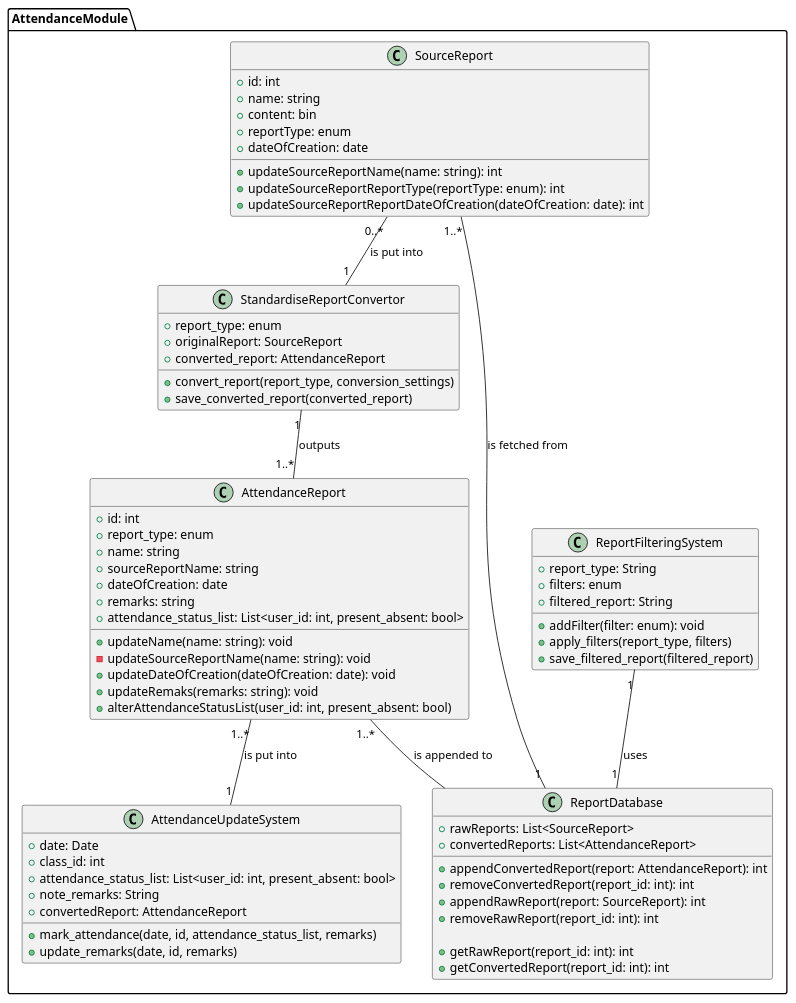
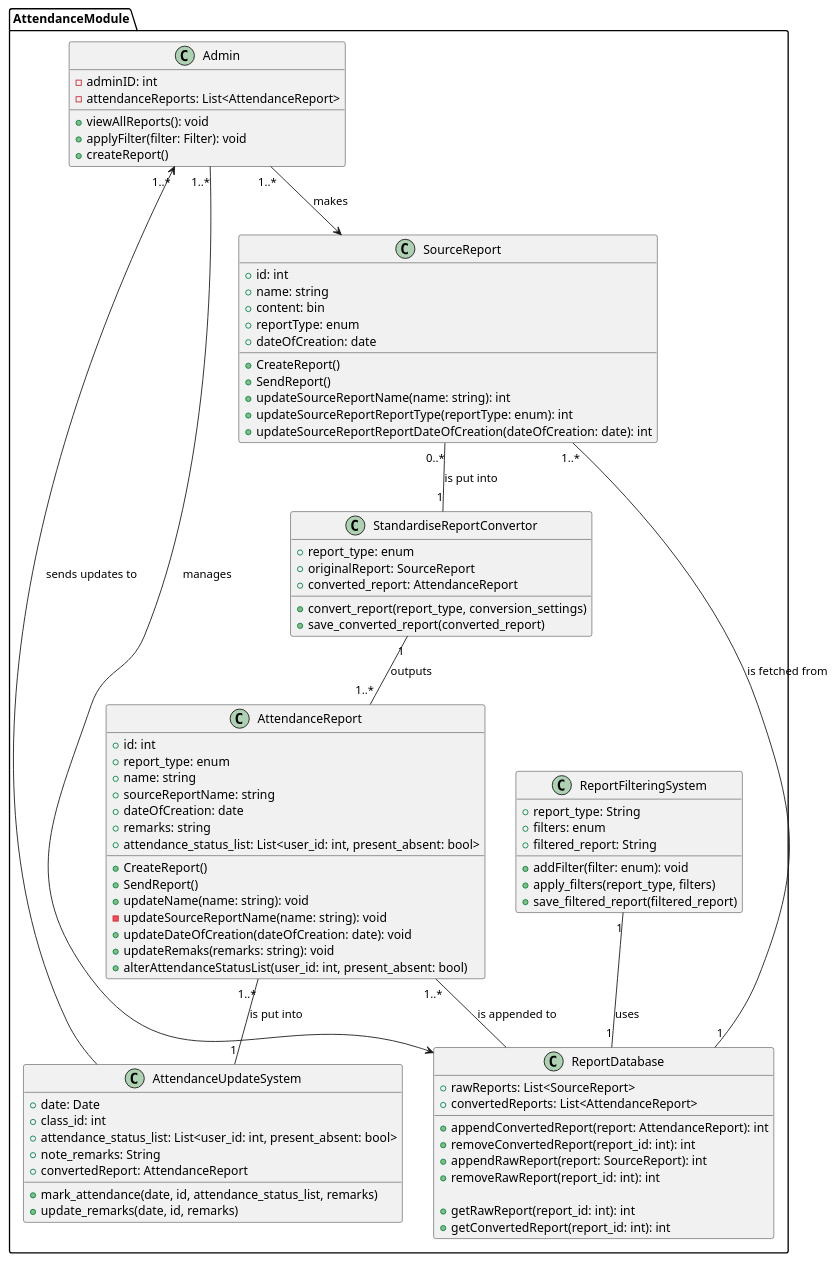
The diagram in attendance.plantuml (anshium/DASS-Assignment-3-IMS-System-Design), drawn with PlantUML before and after one commit. The commit also changed 6 other files, not shown here.

```diff
--- a/attendance.plantuml
+++ b/attendance.plantuml
@@ -1,81 +1,95 @@
 @startuml attendance
 
 package AttendanceModule {
+	class Admin {
+		- adminID: int
+		- attendanceReports: List<AttendanceReport>
+		+ viewAllReports(): void
+		+ applyFilter(filter: Filter): void
+		+ createReport()
+	}
 	class AttendanceUpdateSystem {
 		+ date: Date
 		+ class_id: int
 		+ attendance_status_list: List<user_id: int, present_absent: bool>
 		+ note_remarks: String
 		+ convertedReport: AttendanceReport
 		+ mark_attendance(date, id, attendance_status_list, remarks)
 		+ update_remarks(date, id, remarks)
 	}
 
 	class StandardiseReportConvertor {
 		+ report_type: enum
 		+ originalReport: SourceReport
 		+ converted_report: AttendanceReport
 		+ convert_report(report_type, conversion_settings)
 		+ save_converted_report(converted_report)
 	}
 
 	class AttendanceReport {
 		+ id: int
 		+ report_type: enum
 		+ name: string
 		+ sourceReportName: string
 		+ dateOfCreation: date
 		+ remarks: string
 		+ attendance_status_list: List<user_id: int, present_absent: bool>
 
+		+ CreateReport()
+		+ SendReport()
 		+ updateName(name: string): void
 		- updateSourceReportName(name: string): void
 		+ updateDateOfCreation(dateOfCreation: date): void
 		+ updateRemaks(remarks: string): void
 		+ alterAttendanceStatusList(user_id: int, present_absent: bool)
 	}
 
 	class ReportFilteringSystem {
 		+ report_type: String
 		+ filters: enum
 		+ filtered_report: String
 
 		+ addFilter(filter: enum): void
 		+ apply_filters(report_type, filters)
 		+ save_filtered_report(filtered_report)
 	}
 
 	class SourceReport {
 		+ id: int
 		+ name: string
 		+ content: bin
 		+ reportType: enum
 		+ dateOfCreation: date
 
+		+ CreateReport()
+		+ SendReport()
 		+ updateSourceReportName(name: string): int
 		+ updateSourceReportReportType(reportType: enum): int
 		+ updateSourceReportReportDateOfCreation(dateOfCreation: date): int
 	}
 
 	class ReportDatabase {
 		+ rawReports: List<SourceReport>
 		+ convertedReports: List<AttendanceReport>
 
 		+ appendConvertedReport(report: AttendanceReport): int
 		+ removeConvertedReport(report_id: int): int
 		+ appendRawReport(report: SourceReport): int
 		+ removeRawReport(report_id: int): int
 
 		+ getRawReport(report_id: int): int
 		+ getConvertedReport(report_id: int): int
 	}
 
 	SourceReport "0..*" -- "1" StandardiseReportConvertor: is put into
 	StandardiseReportConvertor "1" -- "1..*" AttendanceReport: outputs
 	AttendanceReport "1..*" -- "1" AttendanceUpdateSystem: is put into
 	AttendanceReport "1..*" -- ReportDatabase: is appended to
 	ReportFilteringSystem "1" -- "1" ReportDatabase: uses
 	SourceReport "1..*" -- "1" ReportDatabase: is fetched from
+	Admin "1..*" --> SourceReport: makes
+	Admin "1..*" --> ReportDatabase: manages
+	Admin "1..*" <-- AttendanceUpdateSystem: sends updates to
 
 }
 @enduml
```
